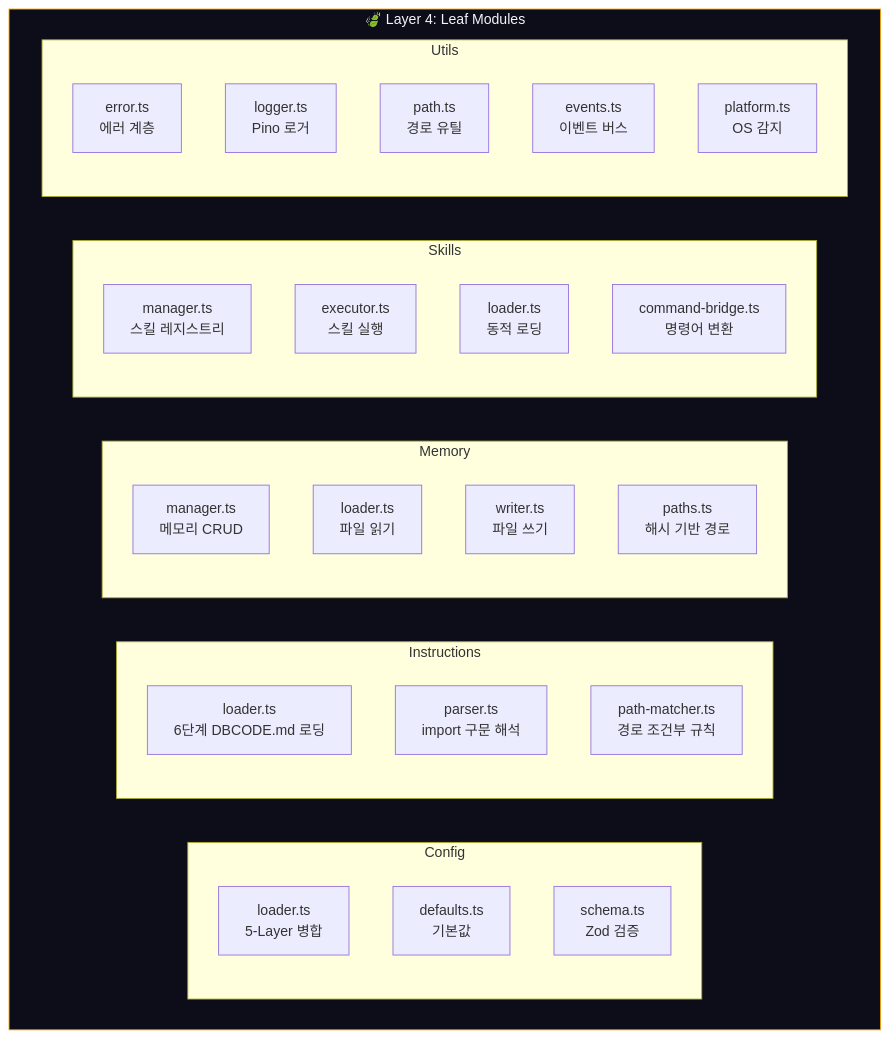
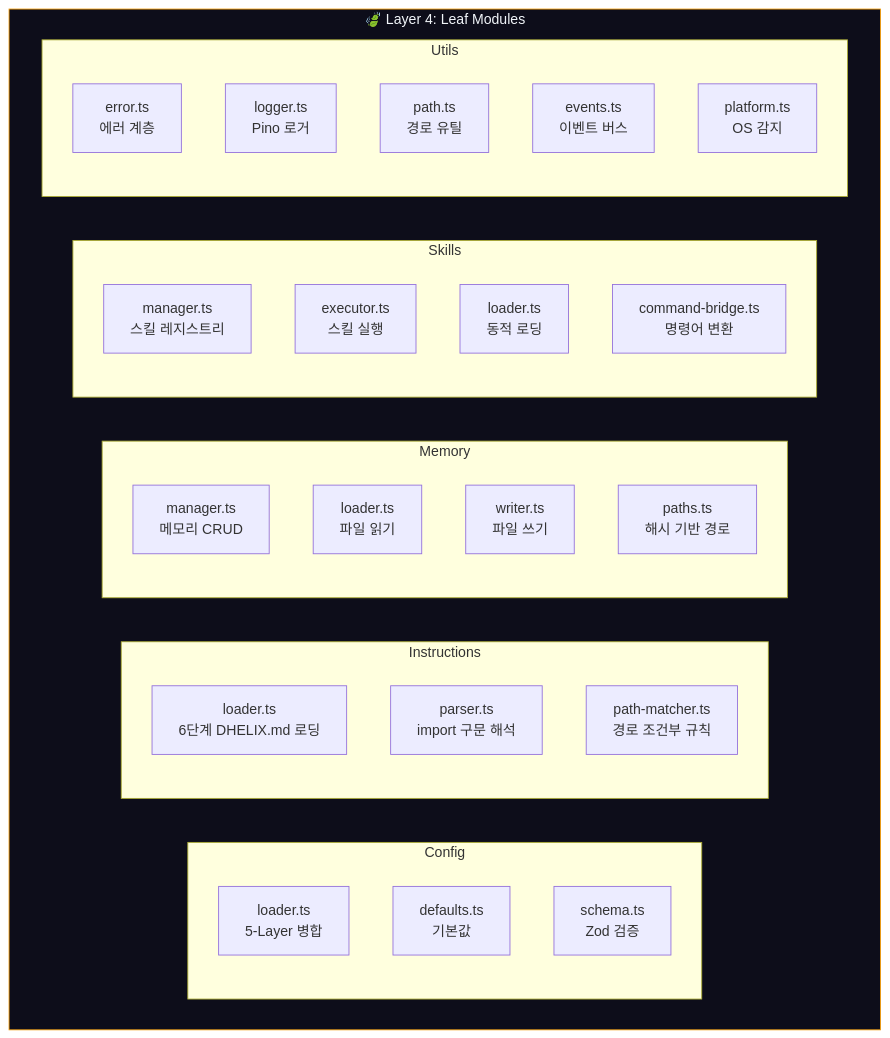
One commit to bigbulgogiburger/DHelix-Code changed the sixth of 7 diagrams in guide/SOURCE_REFERENCE_PLAN.md. Above: the diagram before and after it, drawn with Mermaid. The commit also changed other lines of this file and 383 other files, not shown here.

First line of the commit message:
refactor: dbcode → Dhelix Code 전체 리네이밍 + v0.2.0 + Double Helix 로고 + 브랜드 컬러

````diff
--- a/guide/SOURCE_REFERENCE_PLAN.md
+++ b/guide/SOURCE_REFERENCE_PLAN.md
@@ -200,36 +200,36 @@
 ```mermaid
 graph TD
     subgraph LEAF["🍃 Layer 4: Leaf Modules"]
         subgraph CFG["Config"]
             CFG_LOAD["loader.ts<br/>5-Layer 병합"]
             CFG_DEF["defaults.ts<br/>기본값"]
             CFG_SCH["schema.ts<br/>Zod 검증"]
         end
         subgraph INSTR["Instructions"]
-            INSTR_LOAD["loader.ts<br/>6단계 DBCODE.md 로딩"]
+            INSTR_LOAD["loader.ts<br/>6단계 DHELIX.md 로딩"]
             INSTR_PARSE["parser.ts<br/>import 구문 해석"]
             INSTR_PATH["path-matcher.ts<br/>경로 조건부 규칙"]
         end
         subgraph MEM["Memory"]
             MEM_MGR["manager.ts<br/>메모리 CRUD"]
             MEM_LOAD["loader.ts<br/>파일 읽기"]
             MEM_WRITE["writer.ts<br/>파일 쓰기"]
             MEM_PATH["paths.ts<br/>해시 기반 경로"]
         end
         subgraph SKILL["Skills"]
             SKILL_MGR["manager.ts<br/>스킬 레지스트리"]
             SKILL_EXEC["executor.ts<br/>스킬 실행"]
             SKILL_LOAD["loader.ts<br/>동적 로딩"]
             SKILL_BRIDGE["command-bridge.ts<br/>명령어 변환"]
         end
         subgraph UTIL["Utils"]
             UTIL_ERR["error.ts<br/>에러 계층"]
             UTIL_LOG["logger.ts<br/>Pino 로거"]
             UTIL_PATH["path.ts<br/>경로 유틸"]
             UTIL_EVT["events.ts<br/>이벤트 버스"]
             UTIL_PLAT["platform.ts<br/>OS 감지"]
         end
     end
 
     style LEAF fill:#0d0d1a,stroke:#f59e0b,color:#f1f5f9
 ```
````
